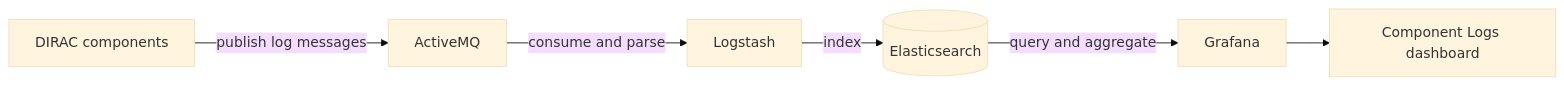
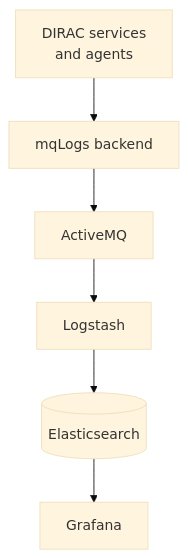
Before and after one commit to hanx-hep/28th-junocm-dci: the third of 5 diagrams in slides.md, drawn with Mermaid (base theme). The commit also changed other lines of this file and 2 other files, not shown here.

````diff
--- a/slides.md
+++ b/slides.md
@@ -269,8 +291,8 @@
-```mermaid {scale: 0.70}
-flowchart LR
-    A[DIRAC components] -->|publish log messages| B[ActiveMQ]
-    B -->|consume and parse| C[Logstash]
-    C -->|index| D[(Elasticsearch)]
-    D -->|query and aggregate| E[Grafana]
-    E --> F[Component Logs dashboard]
+```mermaid {scale: 0.46}
+flowchart TD
+    A[DIRAC services<br/>and agents] --> B[mqLogs backend]
+    B --> C[ActiveMQ]
+    C --> D[Logstash]
+    D --> E[(Elasticsearch)]
+    E --> F[Grafana]
 ```
````
